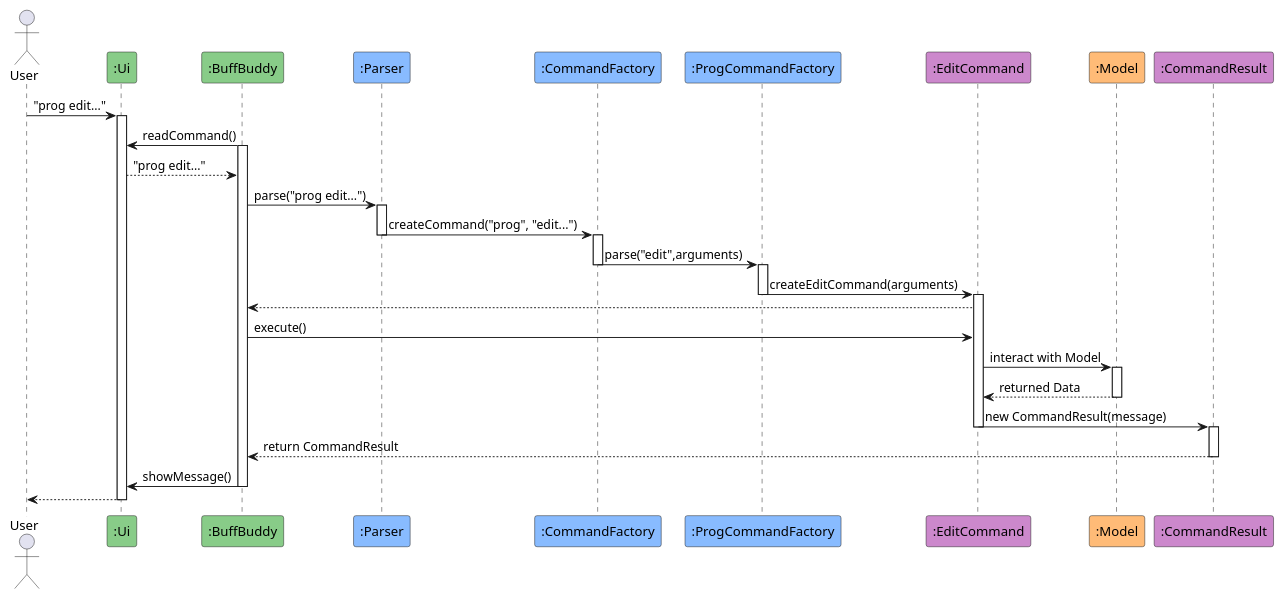
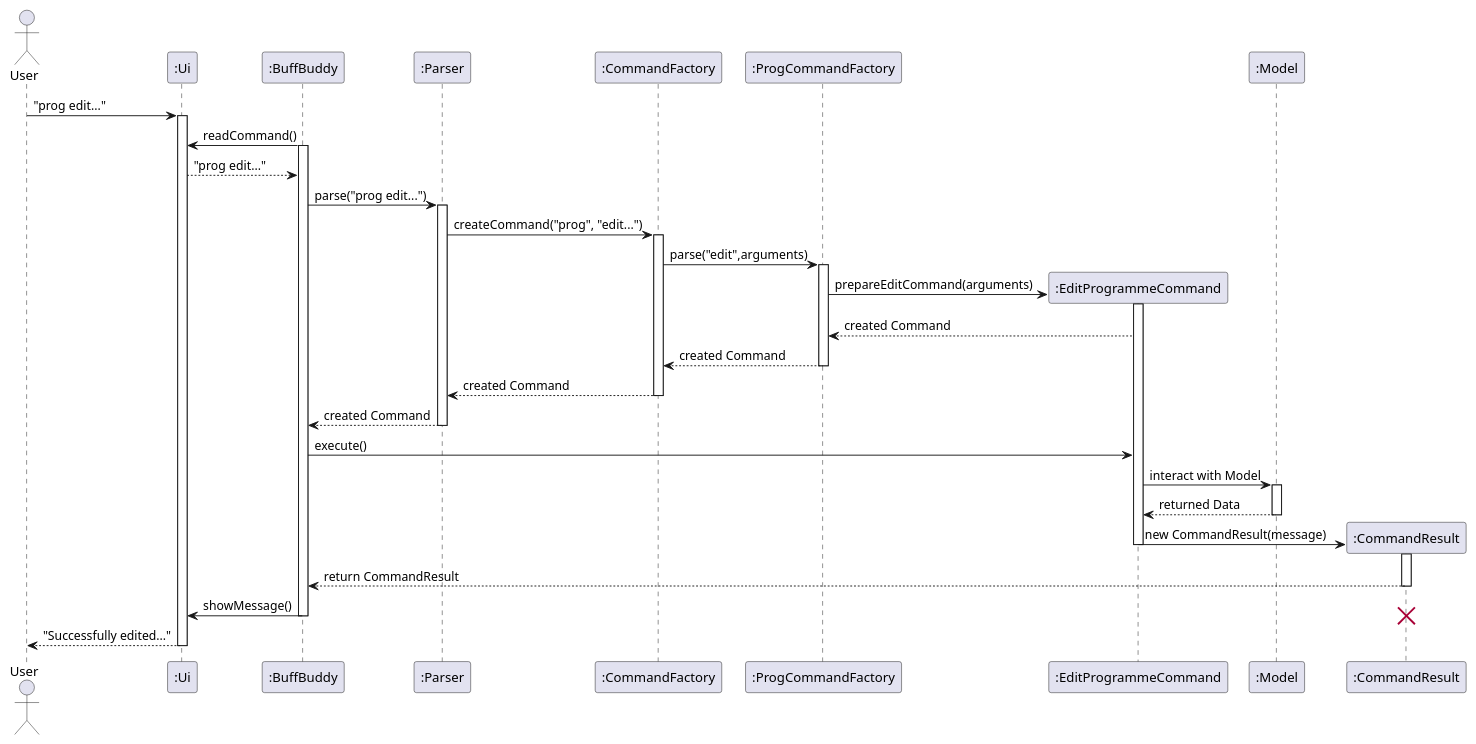
Before and after one commit to nus-cs2113-AY2425S1/tp: the diagram in docs/diagrams/editCommand.puml, drawn with PlantUML. The commit also changed 6 other files, not shown here.

Commit message:
Add edit programme documentation

```diff
--- a/docs/diagrams/editCommand.puml
+++ b/docs/diagrams/editCommand.puml
@@ -1,61 +1,65 @@
 @startuml
 actor User
-participant ":Ui" as Ui #88cc88
-participant ":BuffBuddy" as BuffBuddy #88cc88
-participant ":Parser" as Parser #88bbff
-participant ":CommandFactory" as CommandFactory #88bbff
-participant ":ProgCommandFactory" as ProgCommandFactory #88bbff
-participant ":EditCommand" as Command #cc88cc
-participant ":Model" as Model #ffbb77
-participant ":CommandResult" as CommandResult #cc88cc
-
-
-
+participant ":Ui" as Ui 
+participant ":BuffBuddy" as BuffBuddy 
+participant ":Parser" as Parser
+participant ":CommandFactory" as CommandFactory 
+participant ":ProgCommandFactory" as ProgCommandFactory
+participant ":EditProgrammeCommand" as Command
+participant ":Model" as Model
+participant ":CommandResult" as CommandResult
 
 
 User -> Ui : "prog edit..."
 activate Ui
 BuffBuddy -> Ui: readCommand()
 activate BuffBuddy
 Ui --> BuffBuddy : "prog edit..."
 
 BuffBuddy -> Parser : parse("prog edit...")
 activate Parser
 
 Parser -> CommandFactory : createCommand("prog", "edit...")
-deactivate Parser
+
 activate CommandFactory
 
 CommandFactory -> ProgCommandFactory : parse("edit",arguments)
-deactivate CommandFactory
 activate ProgCommandFactory
 
+create Command
+ProgCommandFactory -> Command : prepareEditCommand(arguments)
+activate Command
+ProgCommandFactory <-- Command: created Command
+CommandFactory <-- ProgCommandFactory: created Command
+deactivate ProgCommandFactory
+Parser <-- CommandFactory: created Command
+deactivate CommandFactory
+BuffBuddy <-- Parser: created Command
+deactivate Parser
 
-ProgCommandFactory -> Command : createEditCommand(arguments)
-deactivate ProgCommandFactory
-
-activate Command
-BuffBuddy <-- Command
 
 BuffBuddy -> Command : execute()
 
 
 Command -> Model : interact with Model
 activate Model
 Command <-- Model: returned Data
 deactivate Model
 
+create CommandResult
+Command -> CommandResult: new CommandResult(message)
 
-Command -> CommandResult: new CommandResult(message)
 
 deactivate Command
 activate CommandResult
 BuffBuddy <-- CommandResult : return CommandResult
 deactivate CommandResult
 BuffBuddy -> Ui : showMessage()
+
 deactivate BuffBuddy
-
-User <-- Ui
+destroy CommandResult
+User <-- Ui : "Successfully edited..."
 deactivate Ui
 
+
 @enduml
```
